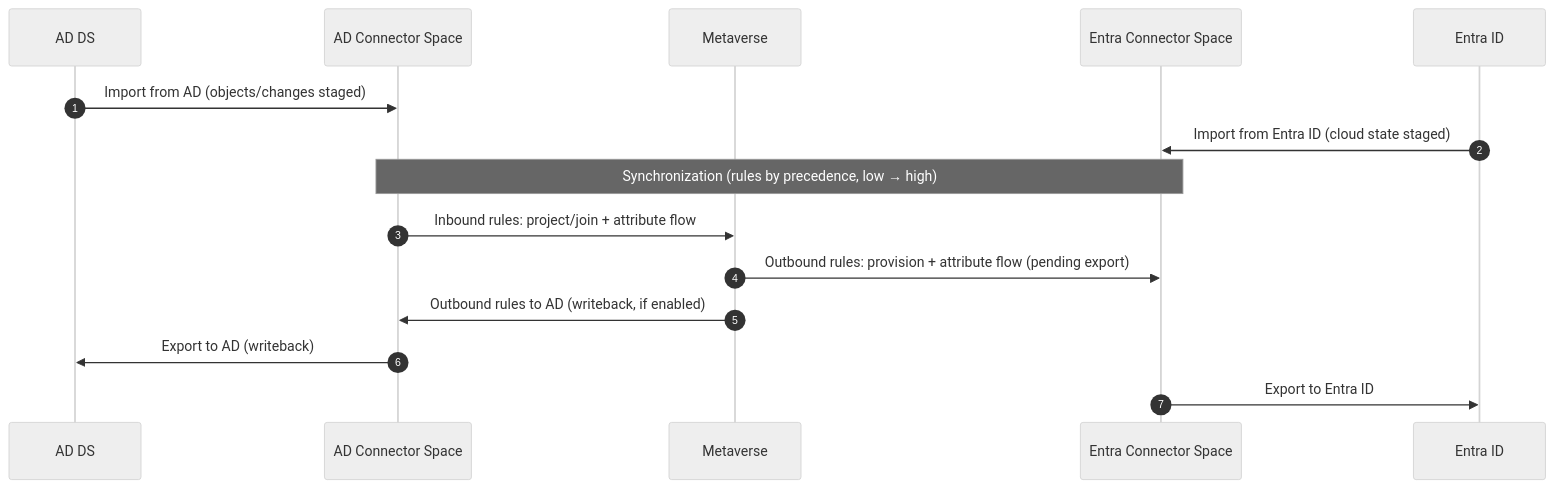
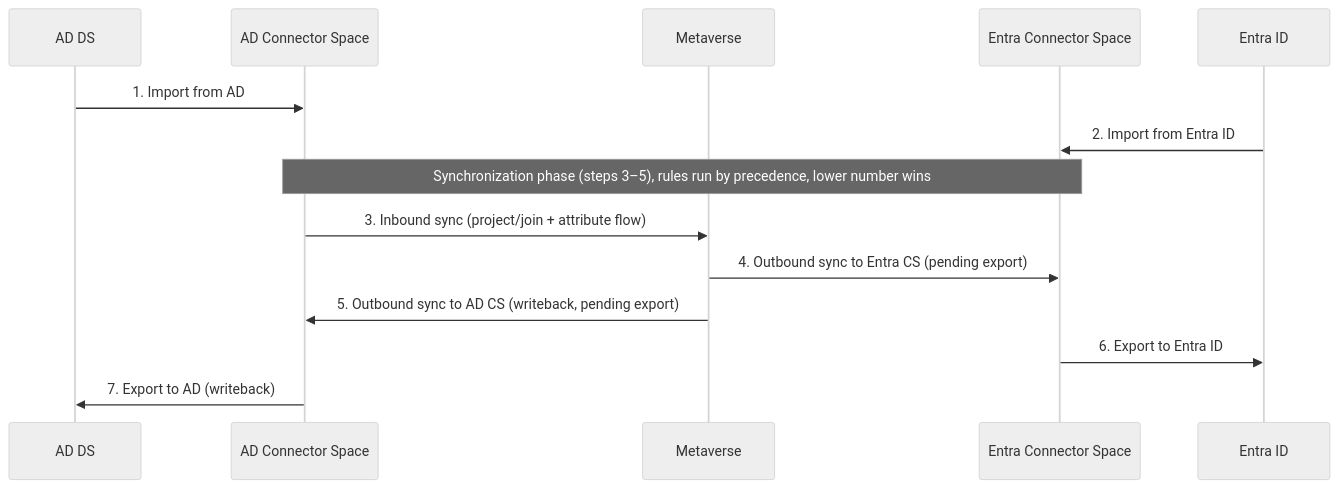
Before and after one commit to earkevin11/Entra-Connect-Synchronization-Process: the third of 10 diagrams in README.md, drawn with Mermaid (neutral theme). The commit also changed other lines of this file, not shown here.

````diff
--- a/README.md
+++ b/README.md
@@ -168,18 +169,17 @@
 ```mermaid
 sequenceDiagram
-    autonumber
     participant AD as AD DS
     participant ADCS as AD Connector Space
     participant MV as Metaverse
     participant AADCS as Entra Connector Space
     participant AAD as Entra ID
 
-    AD->>ADCS: Import from AD (objects/changes staged)
-    AAD->>AADCS: Import from Entra ID (cloud state staged)
-    Note over ADCS,AADCS: Synchronization (rules by precedence, low → high)
-    ADCS->>MV: Inbound rules: project/join + attribute flow
-    MV->>AADCS: Outbound rules: provision + attribute flow (pending export)
-    MV->>ADCS: Outbound rules to AD (writeback, if enabled)
-    ADCS->>AD: Export to AD (writeback)
-    AADCS->>AAD: Export to Entra ID
+    AD->>ADCS: 1. Import from AD
+    AAD->>AADCS: 2. Import from Entra ID
+    Note over ADCS,AADCS: Synchronization phase (steps 3–5), rules run by precedence, lower number wins
+    ADCS->>MV: 3. Inbound sync (project/join + attribute flow)
+    MV->>AADCS: 4. Outbound sync to Entra CS (pending export)
+    MV->>ADCS: 5. Outbound sync to AD CS (writeback, pending export)
+    AADCS->>AAD: 6. Export to Entra ID
+    ADCS->>AD: 7. Export to AD (writeback)
 ```
````
